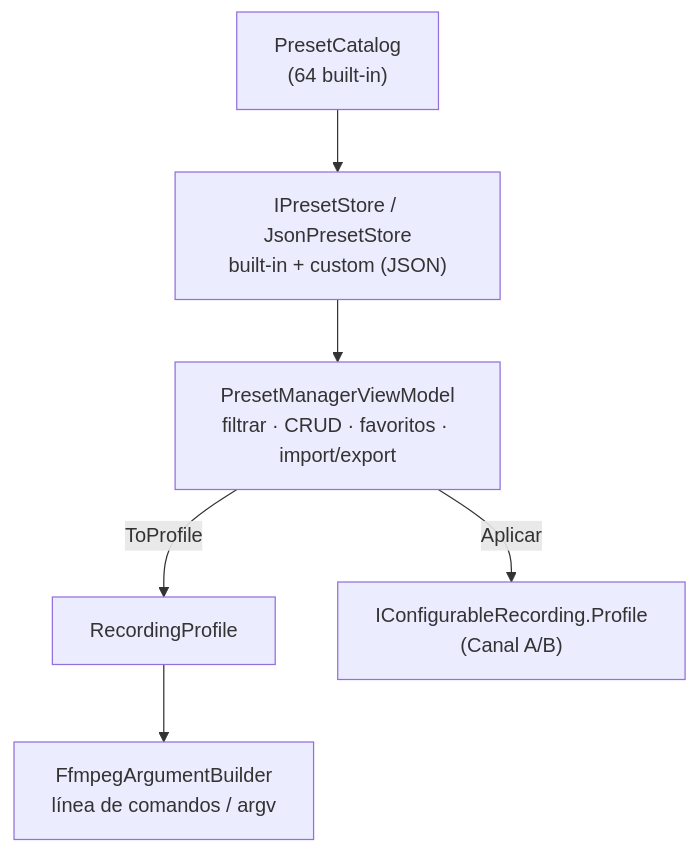
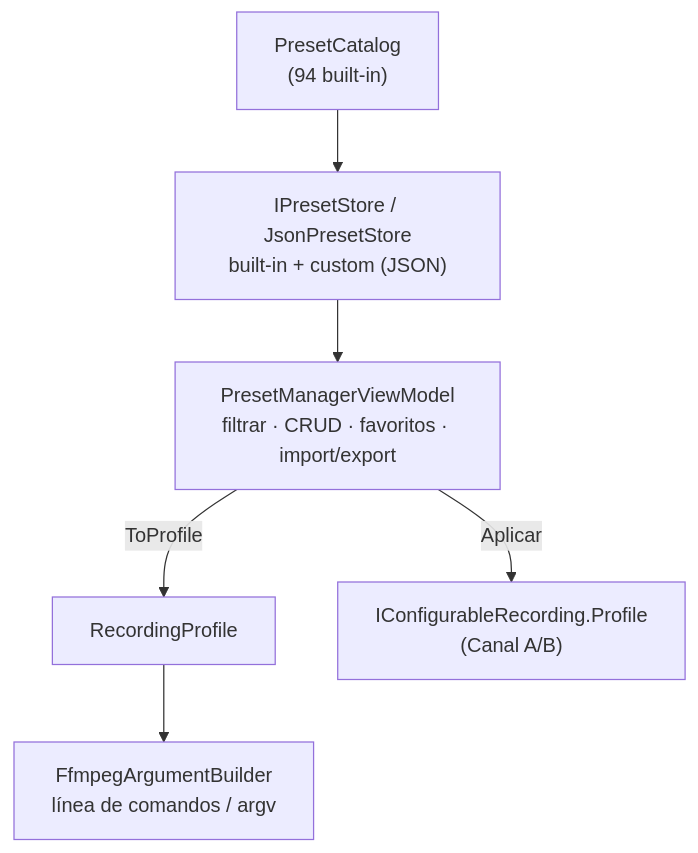
Before and after one commit to JorgeCruz19/baioss-record: the second of 2 diagrams in docs/08-presets.md, drawn with Mermaid. The commit also changed other lines of this file and 5 other files, not shown here.

````diff
--- a/docs/08-presets.md
+++ b/docs/08-presets.md
@@ -98,8 +126,8 @@
 ```mermaid
 flowchart TD
-    CAT["PresetCatalog<br/>(64 built-in)"] --> STORE["IPresetStore / JsonPresetStore<br/>built-in + custom (JSON)"]
+    CAT["PresetCatalog<br/>(94 built-in)"] --> STORE["IPresetStore / JsonPresetStore<br/>built-in + custom (JSON)"]
     STORE --> VM["PresetManagerViewModel<br/>filtrar · CRUD · favoritos · import/export"]
     VM -->|ToProfile| PROF["RecordingProfile"]
     PROF --> BLD["FfmpegArgumentBuilder<br/>línea de comandos / argv"]
     VM -->|Aplicar| CH["IConfigurableRecording.Profile<br/>(Canal A/B)"]
 ```
````
